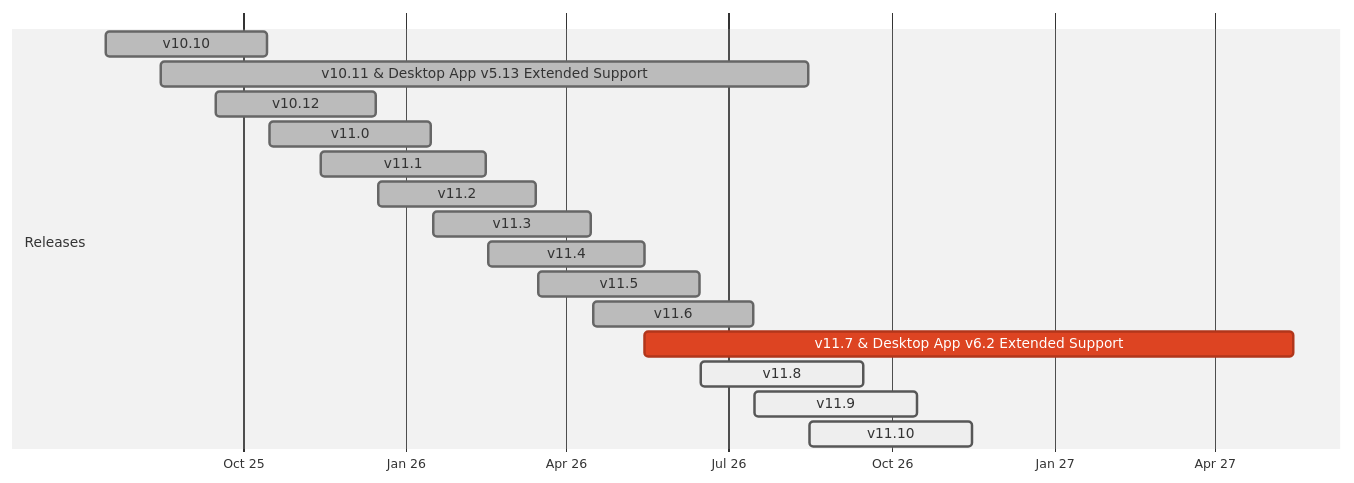
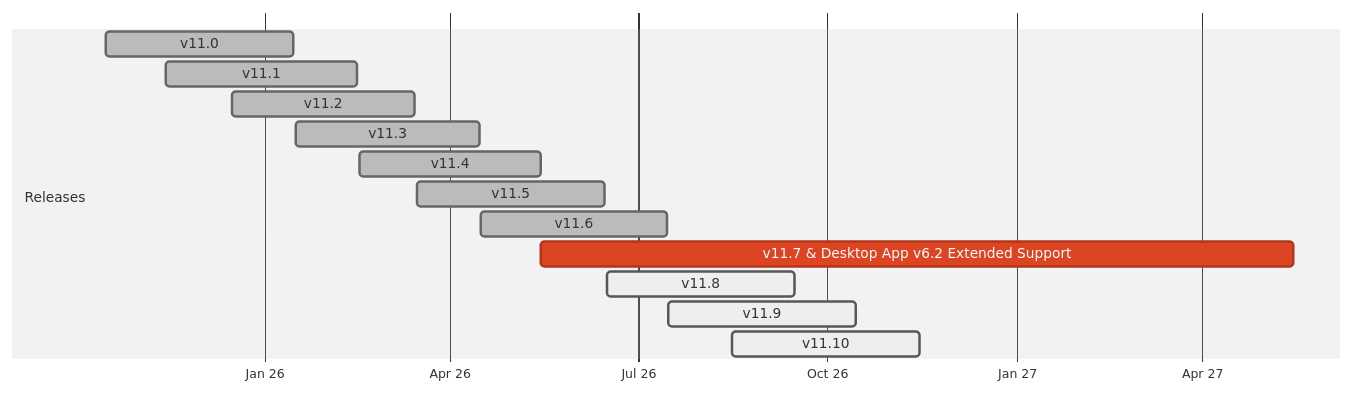
One commit to mattermost/docs changed the diagram in source/product-overview/release-policy.md. Above: the diagram before and after it, drawn with Mermaid (neutral theme). The commit also changed other lines of this file, not shown here.

````diff
--- a/source/product-overview/release-policy.md
+++ b/source/product-overview/release-policy.md
@@ -44,22 +44,19 @@
 ```{mermaid}
 
 gantt
     dateFormat  YYYY-MM-DD
     axisFormat  %b %y
 
     section Releases
-    v10.10                 :done, 2025-07-16, 2025-10-15
-    v10.11 & Desktop App v5.13 Extended Support :done,    2025-08-16, 2026-08-15
-    v10.12                 :done, 2025-09-16, 2025-12-15
     v11.0                  :done, 2025-10-16, 2026-01-15
     v11.1                  :done, 2025-11-14, 2026-02-15
     v11.2                  :done, 2025-12-16, 2026-03-15
     v11.3                  :done, 2026-01-16, 2026-04-15
     v11.4                  :done, 2026-02-16, 2026-05-15
     v11.5                  :done, 2026-03-16, 2026-06-15
     v11.6                  :done, 2026-04-16, 2026-07-15
     v11.7 & Desktop App v6.2 Extended Support :crit,    2026-05-15, 2027-05-15
     v11.8                  :active, 2026-06-16, 2026-09-15
     v11.9                  :active, 2026-07-16, 2026-10-15
     v11.10                 :active, 2026-08-16, 2026-11-15
 ```
````
